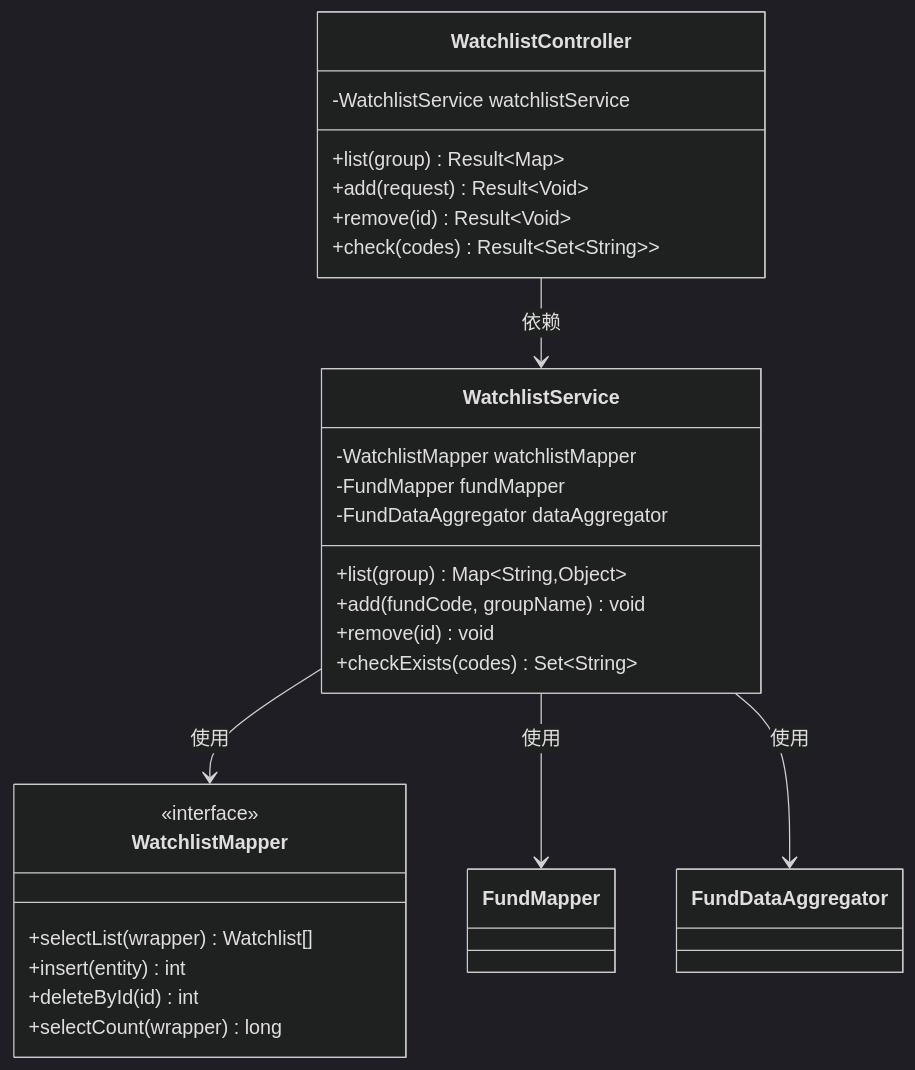
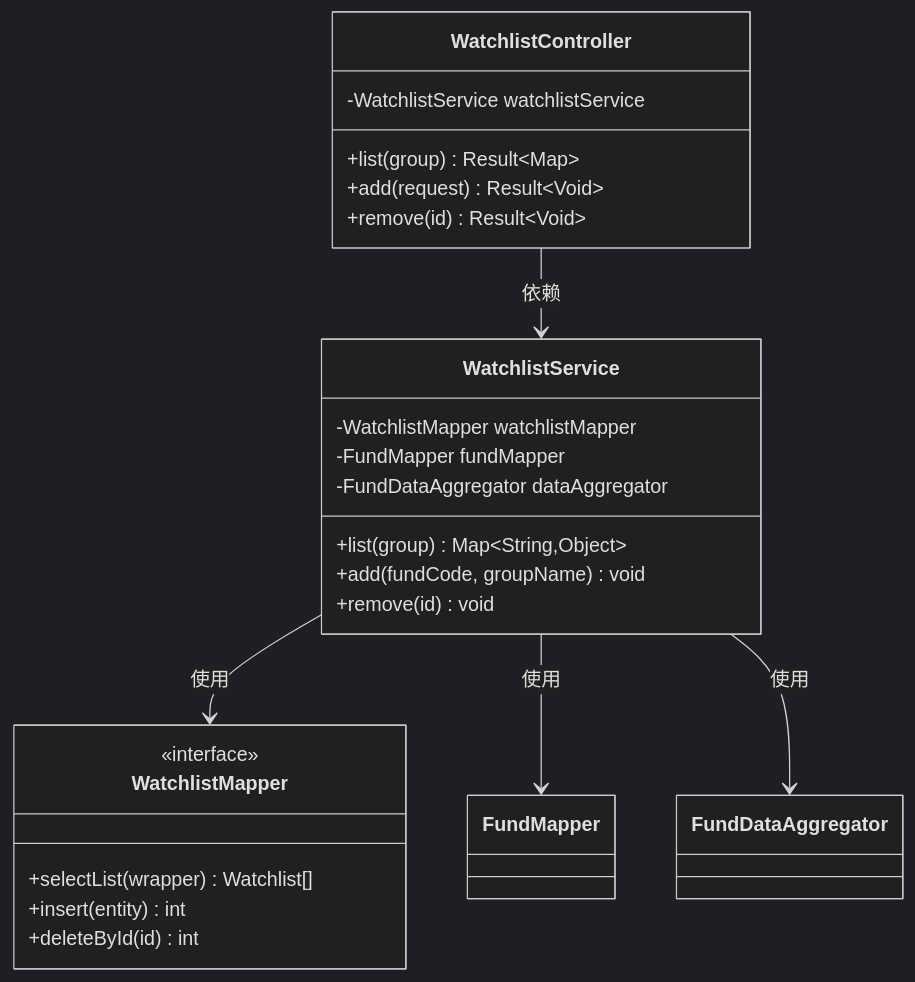
The second of 10 diagrams in .qoder/repowiki/zh/content/Watchlist Enhancement.md (gree-coder/fund-butler), drawn with Mermaid (dark theme) before and after one commit. The commit also changed other lines of this file and 21 other files, not shown here.

````diff
--- a/.qoder/repowiki/zh/content/Watchlist Enhancement.md
+++ b/.qoder/repowiki/zh/content/Watchlist Enhancement.md
@@ -132,30 +128,27 @@
 ```mermaid
 classDiagram
 class WatchlistController {
 -WatchlistService watchlistService
 +list(group) Result~Map~
 +add(request) Result~Void~
 +remove(id) Result~Void~
-+check(codes) Result~Set~String~~
 }
 class WatchlistService {
 -WatchlistMapper watchlistMapper
 -FundMapper fundMapper
 -FundDataAggregator dataAggregator
 +list(group) Map~String,Object~
 +add(fundCode, groupName) void
 +remove(id) void
-+checkExists(codes) Set~String~
 }
 class WatchlistMapper {
 <<interface>>
 +selectList(wrapper) Watchlist[]
 +insert(entity) int
 +deleteById(id) int
-+selectCount(wrapper) long
 }
 WatchlistController --> WatchlistService : 依赖
 WatchlistService --> WatchlistMapper : 使用
 WatchlistService --> FundMapper : 使用
 WatchlistService --> FundDataAggregator : 使用
 ```
````
